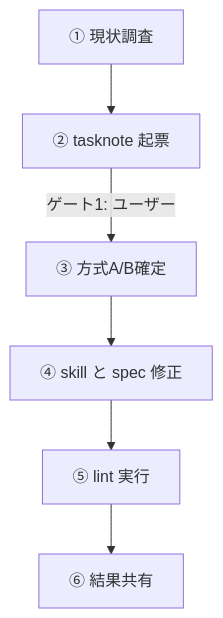
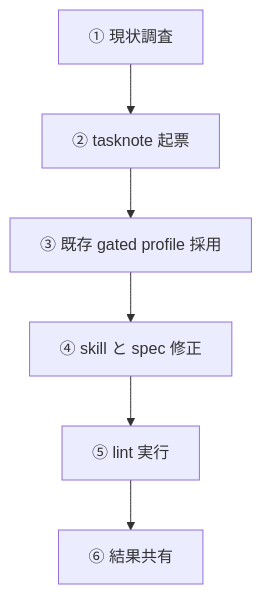
Before and after one commit to tatsuro-ueda/code-quest-pyxel: the second of 2 diagrams in steering/2026年5月24日 開発基盤：capture-and-ingest-sourceにルーチン型lintゲートを足す.md, drawn with Mermaid. The commit also changed other lines of this file and 16 other files, not shown here.

````diff
--- a/steering/2026年5月24日 開発基盤：capture-and-ingest-sourceにルーチン型lintゲートを足す.md
+++ b/steering/2026年5月24日 開発基盤：capture-and-ingest-sourceにルーチン型lintゲートを足す.md
@@ -186,8 +189,8 @@
 ```mermaid
 flowchart TD
     D1[① 現状調査] --> D2[② tasknote 起票]
-    D2 -->|ゲート1: ユーザー| D3[③ 方式A/B確定]
+    D2 --> D3[③ 既存 gated profile 採用]
     D3 --> D4[④ skill と spec 修正]
     D4 --> D5[⑤ lint 実行]
     D5 --> D6[⑥ 結果共有]
 ```
````
